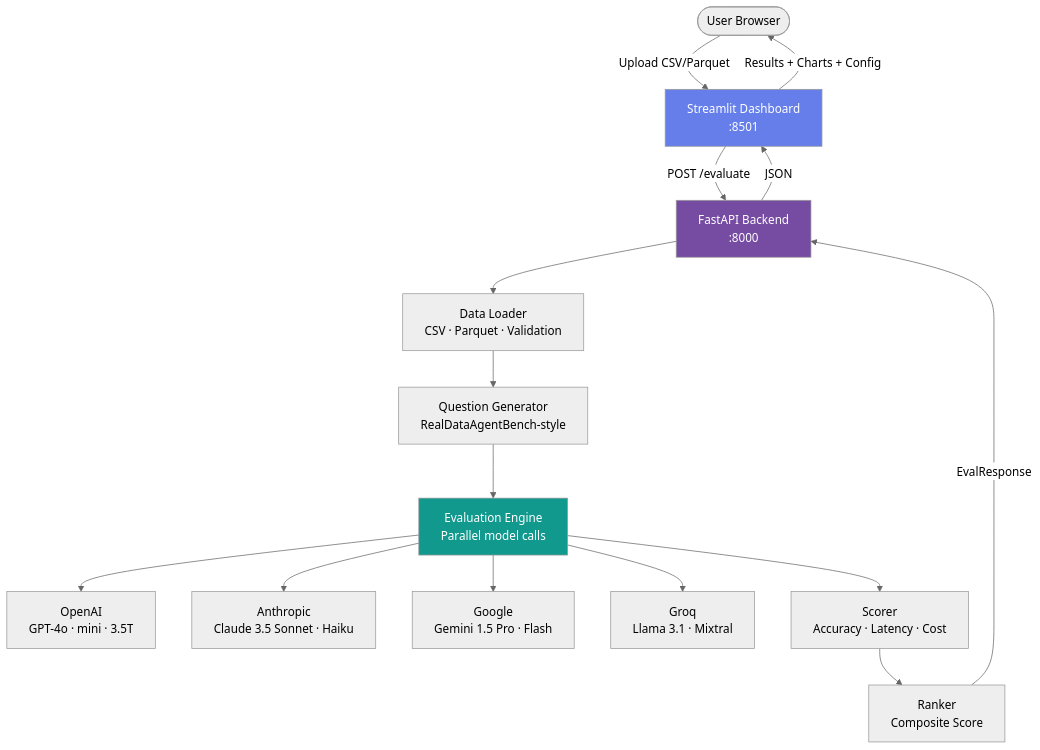
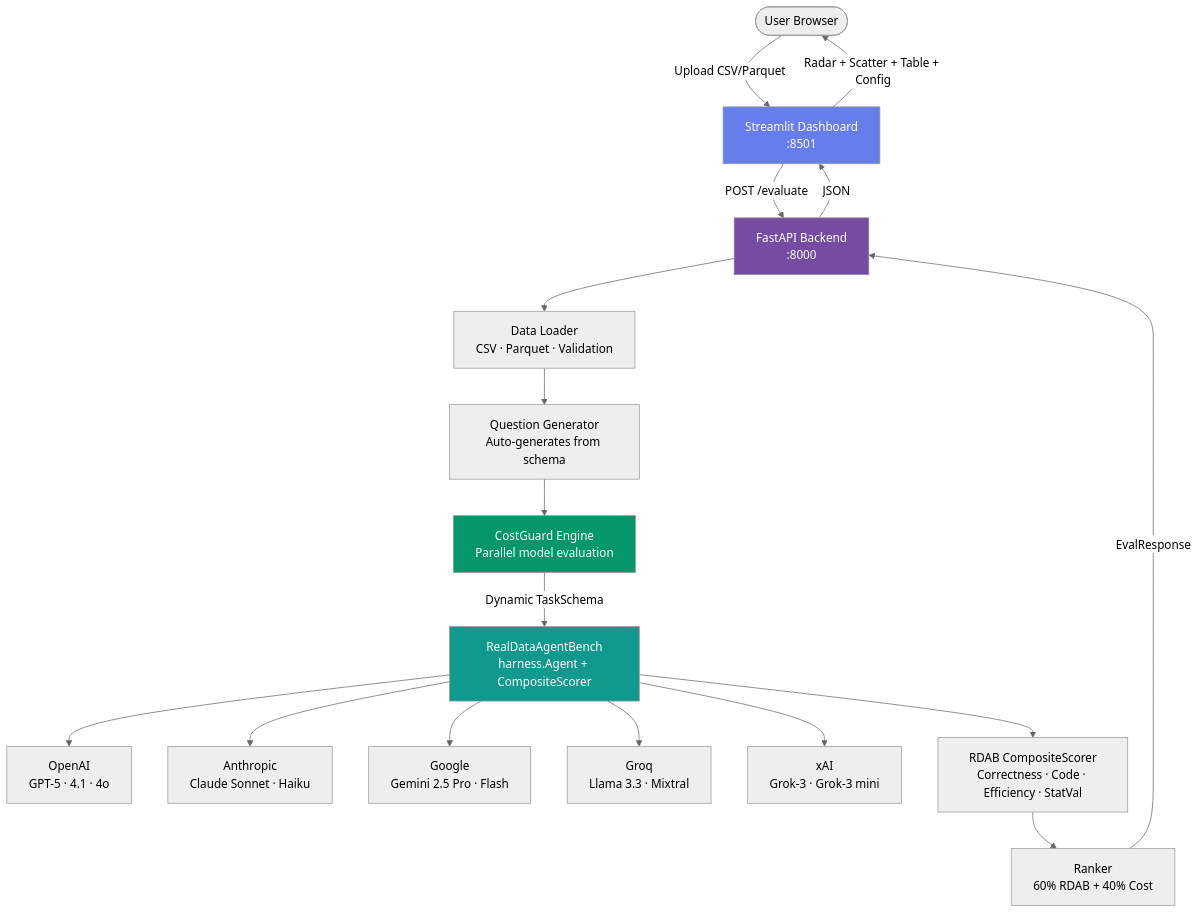
The diagram in README.md (patibandlavenkatamanideep/CostGuard), drawn with Mermaid (neutral theme) before and after one commit. The commit also changed other lines of this file and 9 other files, not shown here.

First line of the commit message:
feat: integrate RealDataAgentBench as core evaluation engine

````diff
--- a/README.md
+++ b/README.md
@@ -33,24 +34,28 @@
 ```mermaid
 graph TB
     User([User Browser]) -->|Upload CSV/Parquet| ST[Streamlit Dashboard<br/>:8501]
     ST -->|POST /evaluate| API[FastAPI Backend<br/>:8000]
 
     API --> DL[Data Loader<br/>CSV · Parquet · Validation]
-    DL --> QG[Question Generator<br/>RealDataAgentBench-style]
-    QG --> EE[Evaluation Engine<br/>Parallel model calls]
+    DL --> QG[Question Generator<br/>Auto-generates from schema]
+    QG --> EE[CostGuard Engine<br/>Parallel model evaluation]
 
-    EE --> OAI[OpenAI<br/>GPT-4o · mini · 3.5T]
-    EE --> ANT[Anthropic<br/>Claude 3.5 Sonnet · Haiku]
-    EE --> GGL[Google<br/>Gemini 1.5 Pro · Flash]
-    EE --> GRQ[Groq<br/>Llama 3.1 · Mixtral]
+    EE -->|Dynamic TaskSchema| RDAB[RealDataAgentBench<br/>harness.Agent + CompositeScorer]
 
-    EE --> SC[Scorer<br/>Accuracy · Latency · Cost]
-    SC --> RK[Ranker<br/>Composite Score]
+    RDAB --> OAI[OpenAI<br/>GPT-5 · 4.1 · 4o]
+    RDAB --> ANT[Anthropic<br/>Claude Sonnet · Haiku]
+    RDAB --> GGL[Google<br/>Gemini 2.5 Pro · Flash]
+    RDAB --> GRQ[Groq<br/>Llama 3.3 · Mixtral]
+    RDAB --> XAI[xAI<br/>Grok-3 · Grok-3 mini]
+
+    RDAB --> SC[RDAB CompositeScorer<br/>Correctness · Code · Efficiency · StatVal]
+    SC --> RK[Ranker<br/>60% RDAB + 40% Cost]
     RK -->|EvalResponse| API
     API -->|JSON| ST
-    ST -->|Results + Charts + Config| User
+    ST -->|Radar + Scatter + Table + Config| User
 
     style ST fill:#667eea,color:#fff
     style API fill:#764ba2,color:#fff
-    style EE fill:#11998e,color:#fff
+    style RDAB fill:#11998e,color:#fff
+    style EE fill:#059669,color:#fff
 ```
````
